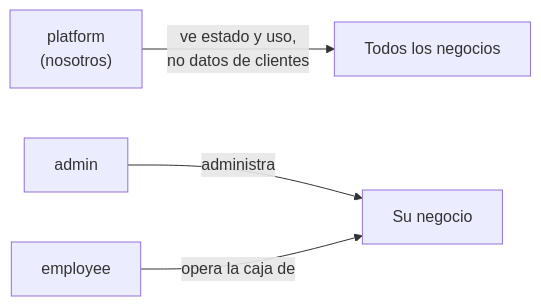
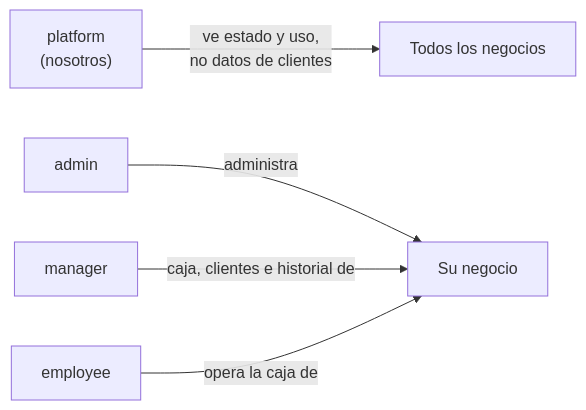
The fourth of 15 diagrams in docs/ARCHITECTURE.md (AGA-Studio/Member-Web), drawn with Mermaid before and after one commit. The commit also changed other lines of this file and 3 other files, not shown here.

````diff
--- a/docs/ARCHITECTURE.md
+++ b/docs/ARCHITECTURE.md
@@ -270,6 +270,7 @@
 ```mermaid
 flowchart LR
     P["platform<br/>(nosotros)"] -- "ve estado y uso,<br/>no datos de clientes" --> B["Todos los negocios"]
     A["admin"] -- "administra" --> BA["Su negocio"]
+    M["manager"] -- "caja, clientes e historial de" --> BA
     E["employee"] -- "opera la caja de" --> BA
 ```
````
